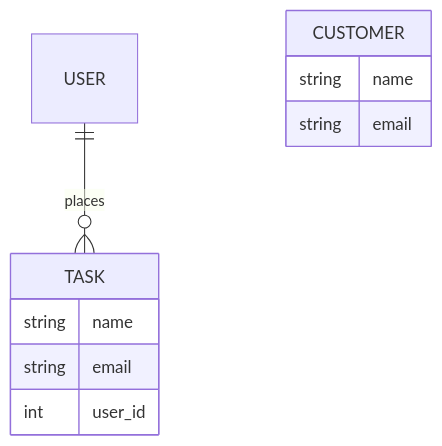
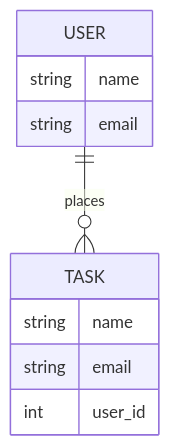
One commit to tksotsk/facebook_clone_exam changed the first of 2 diagrams in README.md. Above: the diagram before and after it, drawn with Mermaid.

````diff
--- a/README.md
+++ b/README.md
@@ -30,16 +30,16 @@
 ```mermaid
 erDiagram
     USER ||--o{ TASK :places
-    CUSTOMER {
+    USER {
         string name
         string email
        
     }
     
     TASK {
         string name
         string email
         int user_id
     }
    
 ```
````
